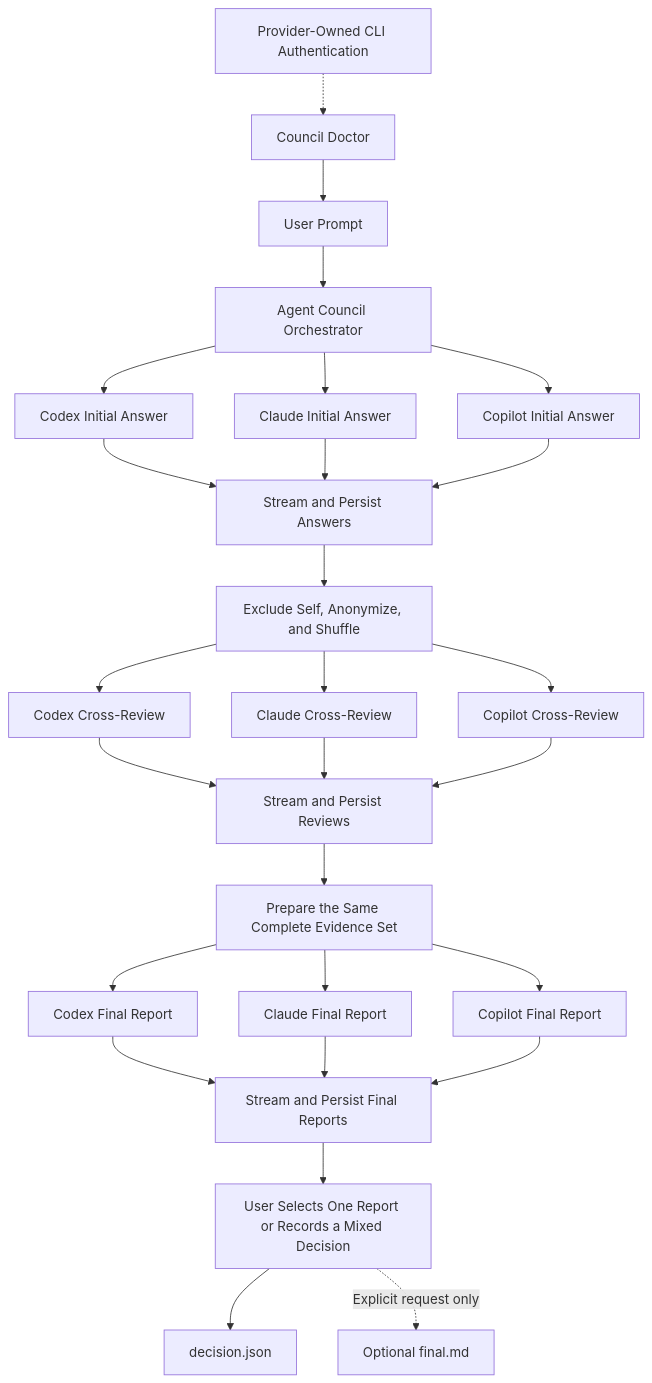
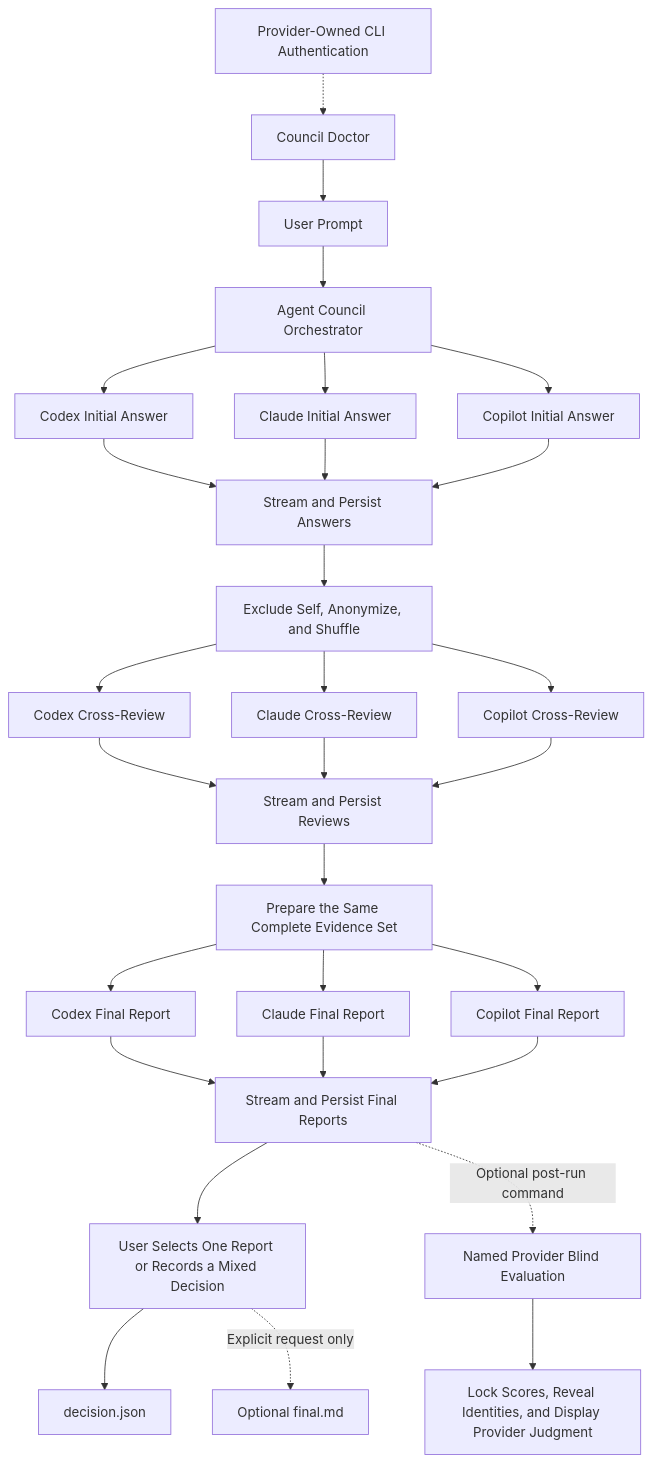
Before and after one commit to leiwen0614/agent-council: the diagram in docs/product-design.md, drawn with Mermaid. The commit also changed other lines of this file and 27 other files, not shown here.

Commit message:
feat: add post-run blind evaluation

````diff
--- a/docs/product-design.md
+++ b/docs/product-design.md
@@ -60,38 +60,40 @@
 ```mermaid
 flowchart TD
     AUTH["Provider-Owned CLI Authentication"] -.-> DOC["Council Doctor"]
     DOC --> Q["User Prompt"]
     Q --> O["Agent Council Orchestrator"]
 
     O --> A1["Codex Initial Answer"]
     O --> A2["Claude Initial Answer"]
     O --> A3["Copilot Initial Answer"]
 
     A1 --> AP["Stream and Persist Answers"]
     A2 --> AP
     A3 --> AP
 
     AP --> ANON["Exclude Self, Anonymize, and Shuffle"]
 
     ANON --> R1["Codex Cross-Review"]
     ANON --> R2["Claude Cross-Review"]
     ANON --> R3["Copilot Cross-Review"]
 
     R1 --> RP["Stream and Persist Reviews"]
     R2 --> RP
     R3 --> RP
 
     RP --> E["Prepare the Same Complete Evidence Set"]
 
     E --> F1["Codex Final Report"]
     E --> F2["Claude Final Report"]
     E --> F3["Copilot Final Report"]
 
     F1 --> FP["Stream and Persist Final Reports"]
     F2 --> FP
     F3 --> FP
 
     FP --> U["User Selects One Report or Records a Mixed Decision"]
+    FP -. "Optional post-run command" .-> BE["Named Provider Blind Evaluation"]
+    BE --> BR["Lock Scores, Reveal Identities, and Display Provider Judgment"]
     U --> D["decision.json"]
     U -. "Explicit request only" .-> FM["Optional final.md"]
 ```
````
